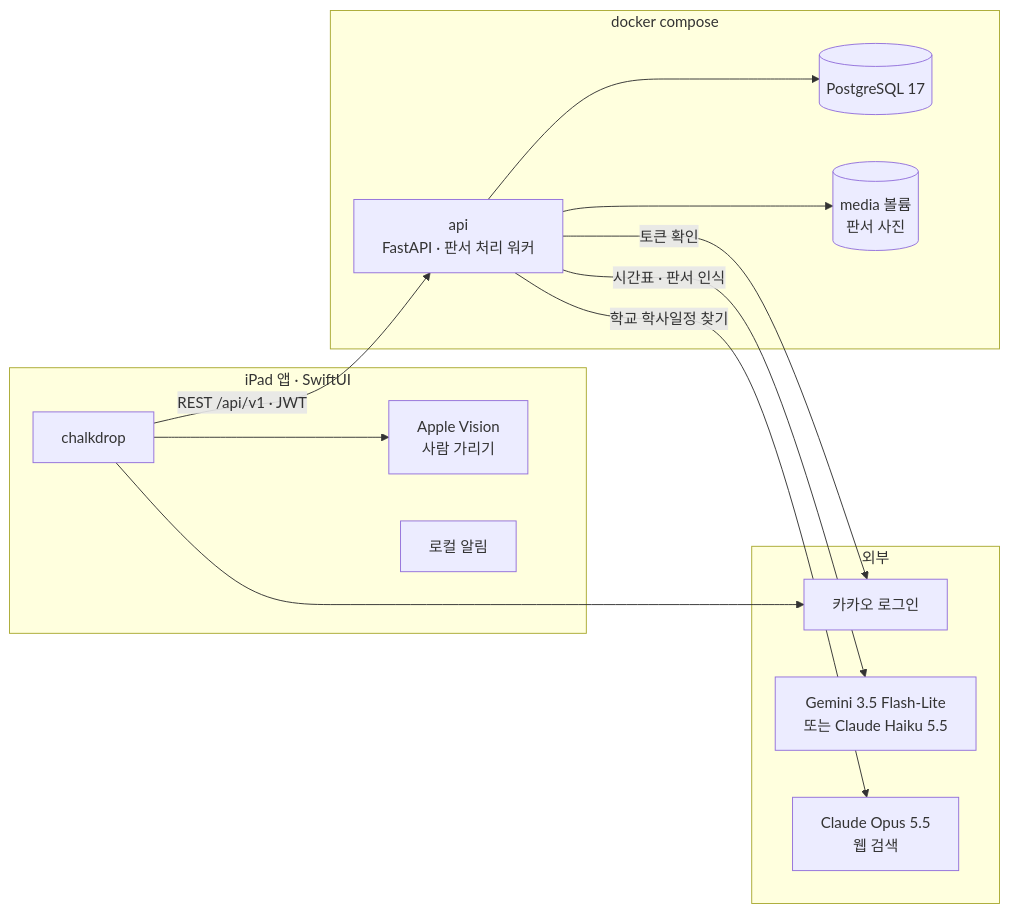
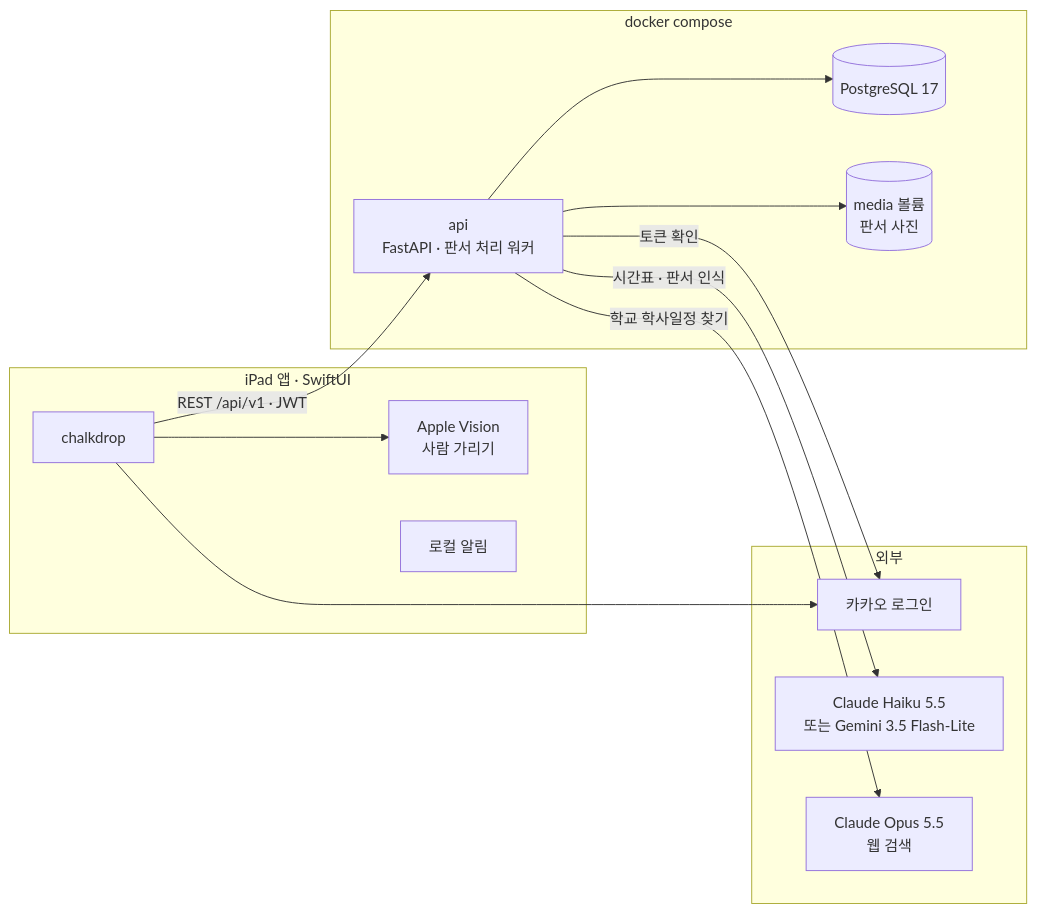
Before and after one commit to Kimtaekhyun/knu-cse-hackerton-26: the second of 2 diagrams in README.md, drawn with Mermaid. The commit also changed other lines of this file and 6 other files, not shown here.

````diff
--- a/README.md
+++ b/README.md
@@ -72,29 +72,29 @@
 ```mermaid
 flowchart LR
   subgraph client[iPad 앱 · SwiftUI]
     APP[chalkdrop]
     VIS[Apple Vision<br/>사람 가리기]
     NOTI[로컬 알림]
   end
 
   subgraph compose[docker compose]
     API[api<br/>FastAPI · 판서 처리 워커]
     DB[(PostgreSQL 17)]
     MEDIA[(media 볼륨<br/>판서 사진)]
   end
 
   subgraph ext[외부]
     KAKAO[카카오 로그인]
-    LLM[Gemini 3.5 Flash-Lite<br/>또는 Claude Haiku 5.5]
+    LLM[Claude Haiku 5.5<br/>또는 Gemini 3.5 Flash-Lite]
     CAL[Claude Opus 5.5<br/>웹 검색]
   end
 
   APP --> VIS
   APP -->|REST /api/v1 · JWT| API
   APP --> KAKAO
   API --> DB
   API --> MEDIA
   API -->|토큰 확인| KAKAO
   API -->|시간표 · 판서 인식| LLM
   API -->|학교 학사일정 찾기| CAL
 ```
````
